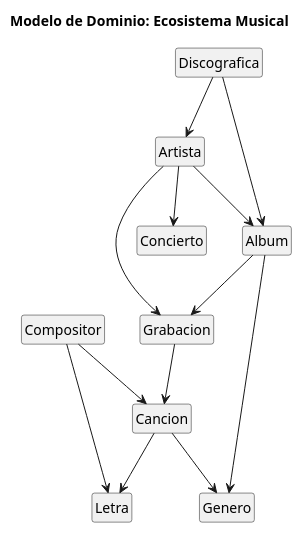
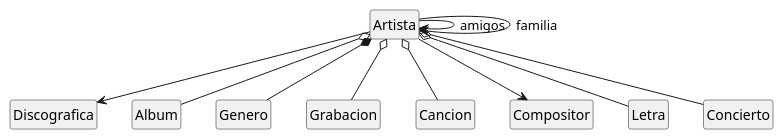
Before and after one commit to mmasias/25-26-IDSW2: the diagram in entregas/garciaRaul/modelosUML/dominio.puml, drawn with PlantUML. The commit also changed 1 other file, not shown here.

```diff
--- a/entregas/garciaRaul/modelosUML/dominio.puml
+++ b/entregas/garciaRaul/modelosUML/dominio.puml
@@ -1,39 +1,45 @@
 @startuml
 skinparam style strictuml
 skinparam monochrome true
 skinparam shadowing false
 hide empty members
 
-title Modelo de Dominio: Ecosistema Musical 
+class Artista {
+}
 
-class Artista
-class Discografica
-class Album
-class Genero
-class Grabacion
-class Cancion
-class Compositor
-class Letra
-class Concierto
+class Discografica {
+}
 
-' --- Flujo de Navegación ---
+class Album {
+}
 
-Discografica --> Artista
-Discografica --> Album
+class Genero {
+}
 
-Artista --> Concierto
-Artista --> Grabacion
-Artista --> Album
+class Grabacion {
+}
 
-Album --> Grabacion
-Album --> Genero
+class Cancion {
+}
 
-Grabacion --> Cancion
+class Compositor {
+}
 
-Cancion --> Letra
-Cancion --> Genero
+class Letra {
+}
 
-Compositor --> Cancion
-Compositor --> Letra
+class Concierto {
+}
+
+Artista *-- Genero
+Artista o-- Album
+Artista o-- Concierto
+Artista o-- Grabacion
+Artista o-- Cancion
+Artista o-- Letra
+Artista --> Discografica
+Artista --> Compositor
+Artista --> Artista : amigos
+Artista --> Artista : familia
 
 @enduml
```
